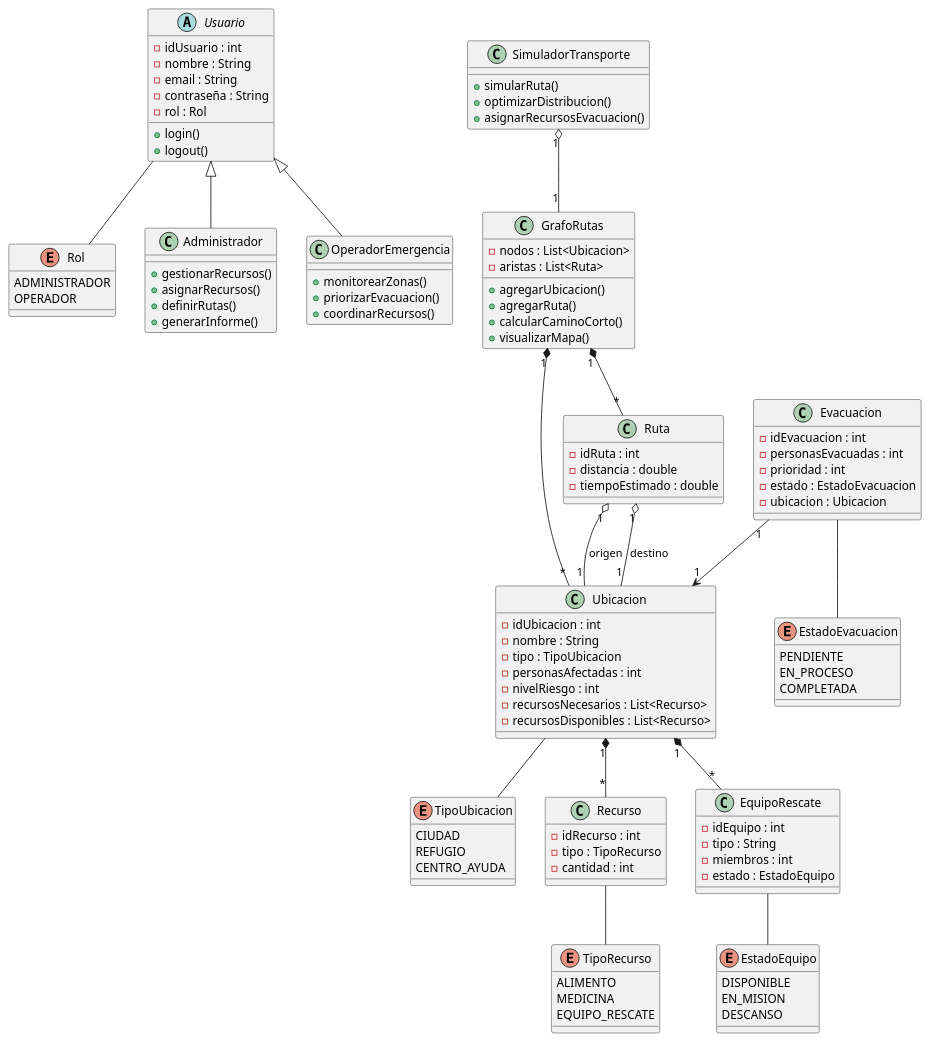
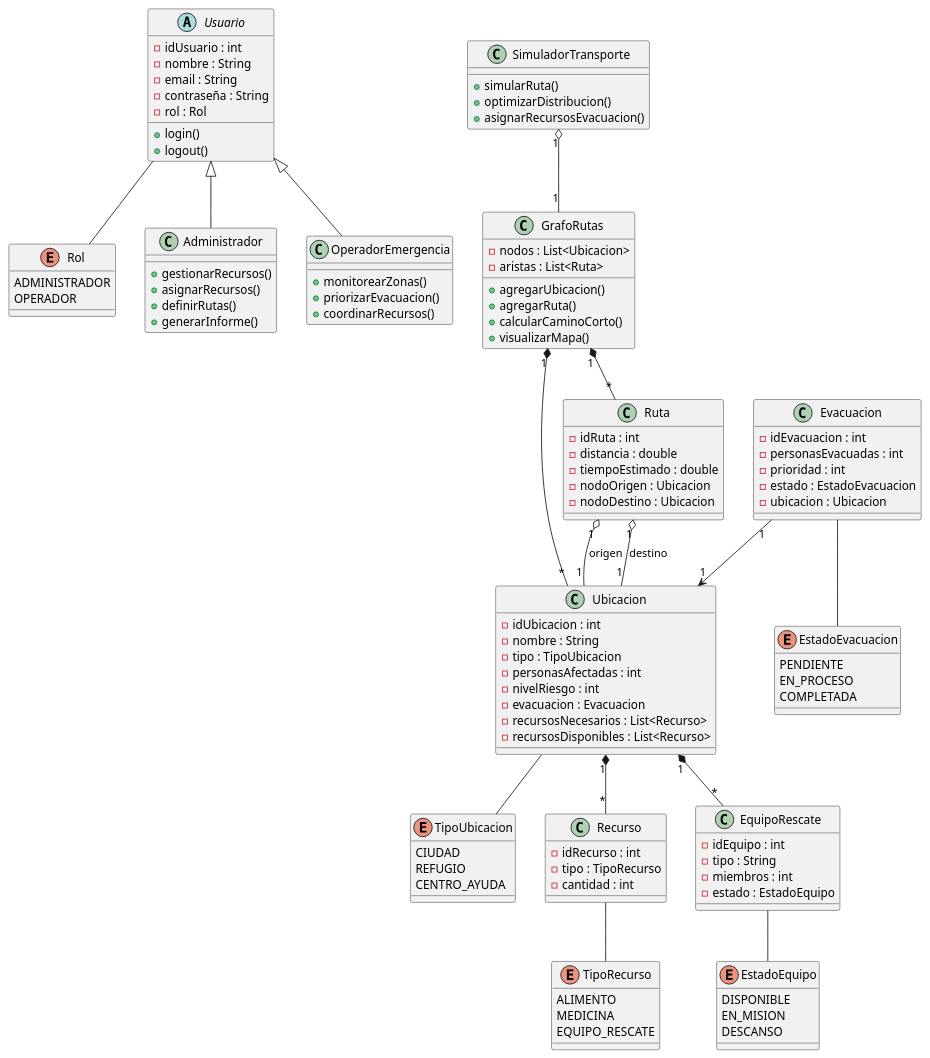
Before and after one commit to ING69COOLER/proyecto_estrucutra_datos: the diagram in backend/src/main/java/co/proyecto/uml/uml.wsd, drawn with PlantUML. The commit also changed 5 other files, not shown here.

Commit message:
feat: se arreglo la estrucuta del proyecto  se mejoro el UML

```diff
--- a/backend/src/main/java/co/proyecto/uml/uml.wsd
+++ b/backend/src/main/java/co/proyecto/uml/uml.wsd
@@ -1,136 +1,139 @@
 @startuml
 ' ========================
 ' Enumeraciones
 ' ========================
 enum Rol {
   ADMINISTRADOR
   OPERADOR
 }
 
 enum TipoUbicacion {
   CIUDAD
   REFUGIO
   CENTRO_AYUDA
 }
 
 enum TipoRecurso {
   ALIMENTO
   MEDICINA
   EQUIPO_RESCATE
 }
 
 enum EstadoEquipo {
   DISPONIBLE
   EN_MISION
   DESCANSO
 }
 
 enum EstadoEvacuacion {
   PENDIENTE
   EN_PROCESO
   COMPLETADA
 }
 
 ' ========================
 ' Clases principales
 ' ========================
 abstract class Usuario {
   - idUsuario : int
   - nombre : String
   - email : String
   - contraseña : String
   - rol : Rol
   + login()
   + logout()
 }
 
 class Administrador {
   + gestionarRecursos()
   + asignarRecursos()
   + definirRutas()
   + generarInforme()
 }
 
 class OperadorEmergencia {
   + monitorearZonas()
   + priorizarEvacuacion()
   + coordinarRecursos()
 }
 
 class Ubicacion {
   - idUbicacion : int
   - nombre : String
   - tipo : TipoUbicacion
   - personasAfectadas : int
   - nivelRiesgo : int
+  -evacuacion : Evacuacion
   - recursosNecesarios : List<Recurso>
   - recursosDisponibles : List<Recurso>
 }
 
 class Recurso {
   - idRecurso : int
   - tipo : TipoRecurso
   - cantidad : int
 }
 
 class EquipoRescate {
   - idEquipo : int
   - tipo : String
   - miembros : int
   - estado : EstadoEquipo
 }
 
 class Ruta {
   - idRuta : int
   - distancia : double
   - tiempoEstimado : double
+  -nodoOrigen : Ubicacion
+  -nodoDestino : Ubicacion
 }
 
 class GrafoRutas {
   - nodos : List<Ubicacion>
   - aristas : List<Ruta>
   + agregarUbicacion()
   + agregarRuta()
   + calcularCaminoCorto()
   + visualizarMapa()
 }
 
 class Evacuacion {
   - idEvacuacion : int
   - personasEvacuadas : int
   - prioridad : int
   - estado : EstadoEvacuacion
   - ubicacion : Ubicacion
 }
 
 class SimuladorTransporte {
   + simularRuta()
   + optimizarDistribucion()
   + asignarRecursosEvacuacion()
 }
 
 ' ========================
 ' Relaciones
 ' ========================
 Usuario <|-- Administrador
 Usuario <|-- OperadorEmergencia
 
 Ubicacion "1" *-- "*" Recurso
 Ubicacion "1" *-- "*" EquipoRescate
 Ubicacion -- TipoUbicacion
 
 Ruta "1" o-- "1" Ubicacion : origen
 Ruta "1" o-- "1" Ubicacion : destino
 
 GrafoRutas "1" *-- "*" Ubicacion
 GrafoRutas "1" *-- "*" Ruta
 Evacuacion "1" --> "1" Ubicacion
 
 Recurso -- TipoRecurso
 EquipoRescate -- EstadoEquipo
 Evacuacion -- EstadoEvacuacion
 Usuario -- Rol
 SimuladorTransporte "1" o-- "1" GrafoRutas
 
 
 @enduml
```
